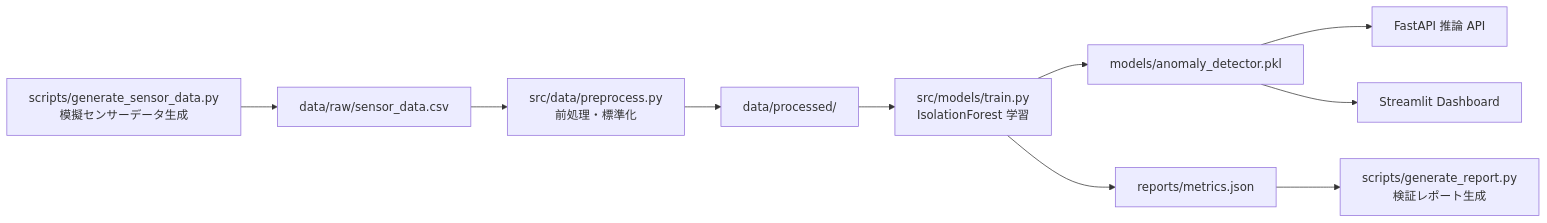
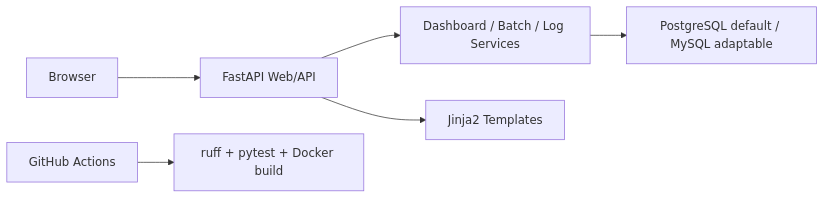
One commit to seki999/business-dashboard-93868 changed the first of 2 diagrams in README.md. Above: the diagram before and after it, drawn with Mermaid. The commit also changed other lines of this file and 93 other files, not shown here.

````diff
--- a/README.md
+++ b/README.md
@@ -36,12 +31,8 @@
 ```mermaid
 flowchart LR
-    A["scripts/generate_sensor_data.py<br/>模擬センサーデータ生成"] --> B["data/raw/sensor_data.csv"]
-    B --> C["src/data/preprocess.py<br/>前処理・標準化"]
-    C --> D["data/processed/"]
-    D --> E["src/models/train.py<br/>IsolationForest 学習"]
-    E --> F["models/anomaly_detector.pkl"]
-    E --> G["reports/metrics.json"]
-    F --> H["FastAPI 推論 API"]
-    F --> I["Streamlit Dashboard"]
-    G --> J["scripts/generate_report.py<br/>検証レポート生成"]
+  Browser["Browser"] --> FastAPI["FastAPI Web/API"]
+  FastAPI --> Services["Dashboard / Batch / Log Services"]
+  Services --> DB["PostgreSQL default / MySQL adaptable"]
+  FastAPI --> Templates["Jinja2 Templates"]
+  CI["GitHub Actions"] --> Tests["ruff + pytest + Docker build"]
 ```
````
